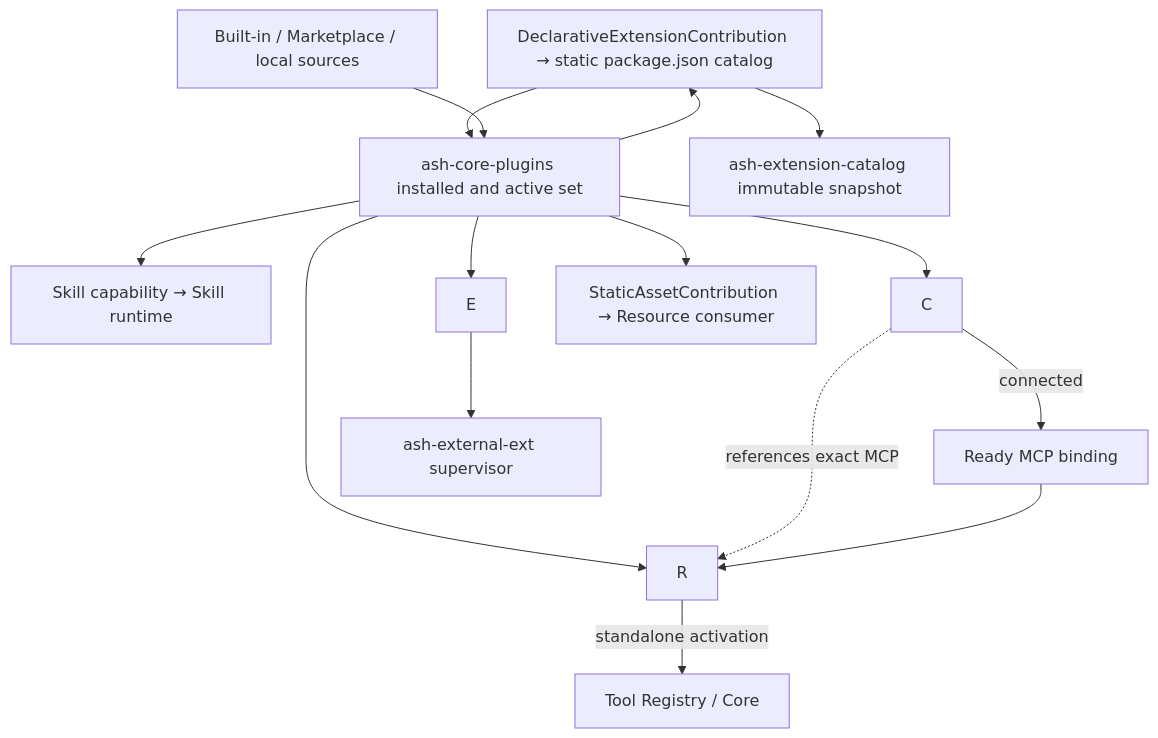
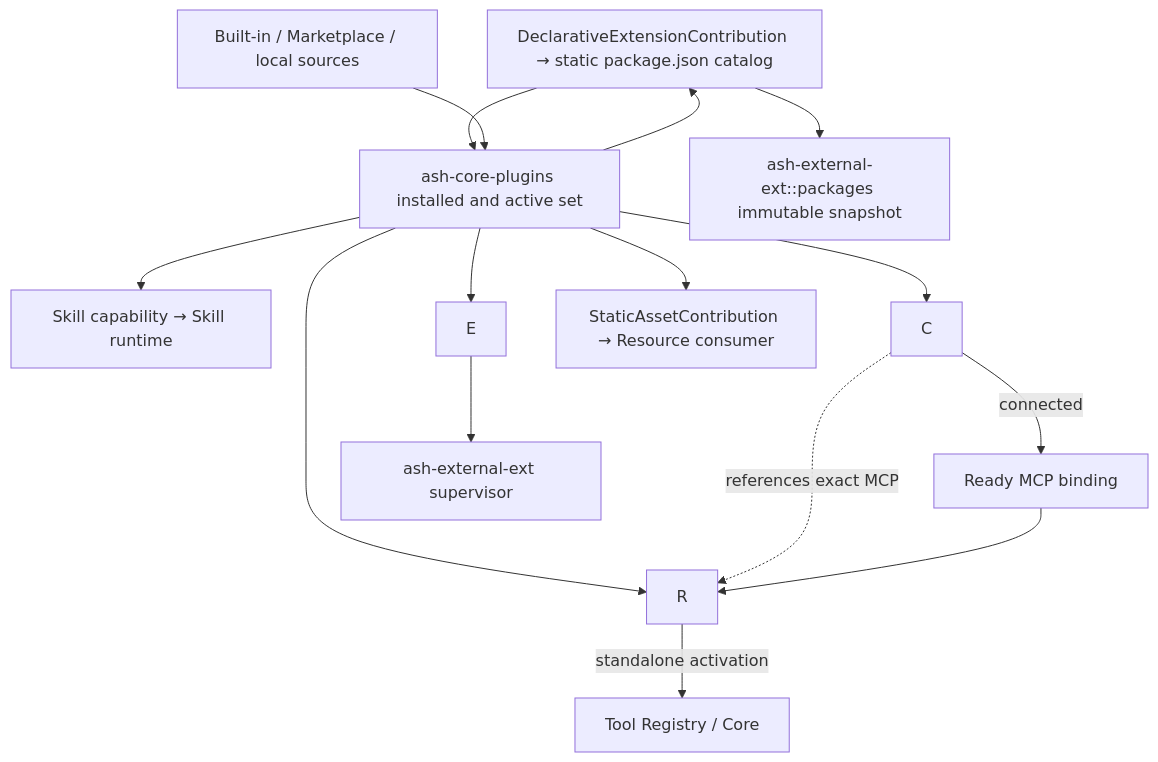
Before and after one commit to chogng/ash: the diagram in docs/plugins.md, drawn with Mermaid. The commit also changed other lines of this file and 48 other files, not shown here.

First line of the commit message:
refactor(extensions): move catalog into external extension host

````diff
--- a/docs/plugins.md
+++ b/docs/plugins.md
@@ -71,17 +71,17 @@
 ```mermaid
 flowchart TD
     D["ash-plugin definitions"] --> P["ash-core-plugins installed and active set"]
     M["Built-in / Marketplace / local sources"] --> P
     P --> S["Skill capability → Skill runtime"]
     P --> C
     P --> R
     P --> E
     P --> D["DeclarativeExtensionContribution → static package.json catalog"]
     P --> A["StaticAssetContribution → Resource consumer"]
     C -. "references exact MCP" .-> R
     C -->|"connected"| B["Ready MCP binding"]
     R -->|"standalone activation"| T["Tool Registry / Core"]
     E --> H["ash-external-ext supervisor"]
-    D --> X["ash-extension-catalog immutable snapshot"]
+    D --> X["ash-external-ext::packages immutable snapshot"]
     B --> R
 ```
````
